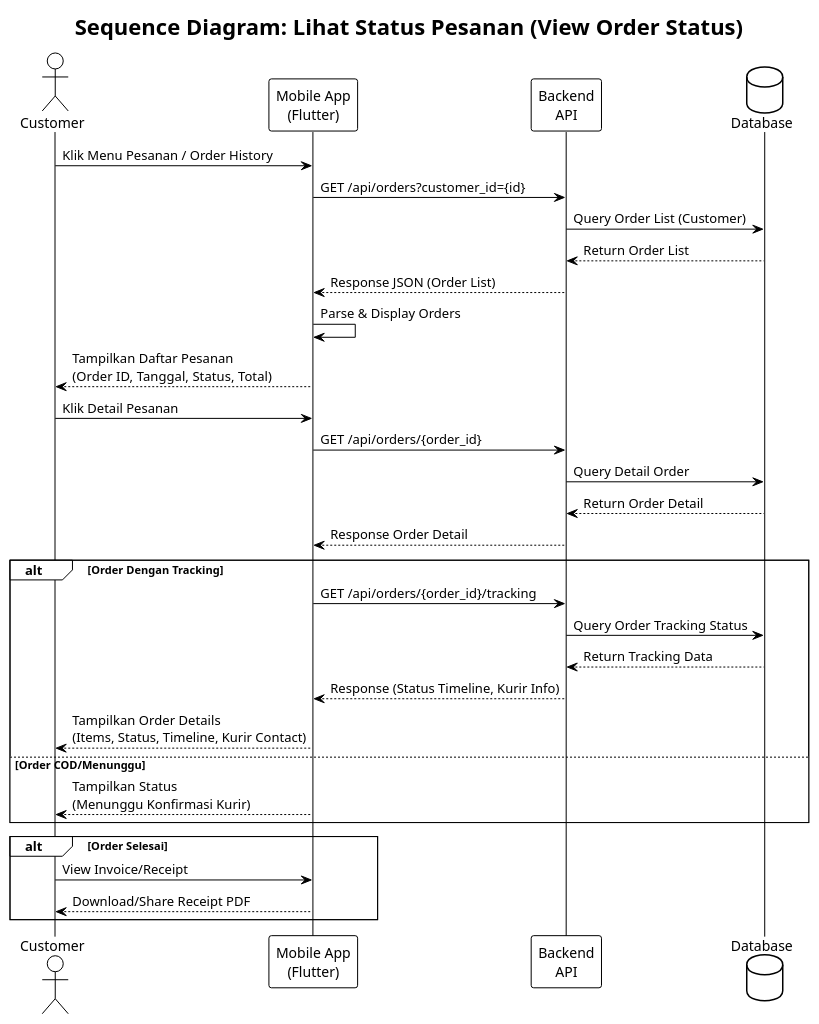
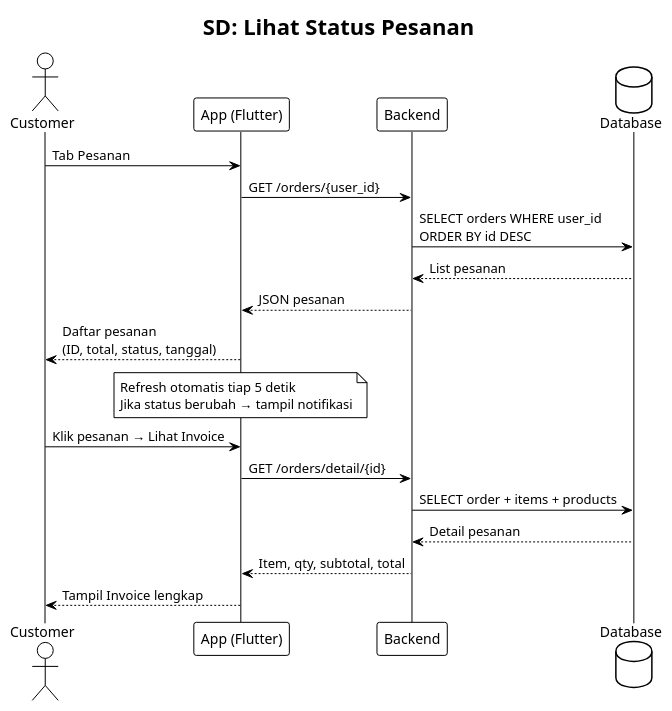
One commit to IlhamMaulana13/Project3-SitemApkOrderGalon changed the diagram in diagrams/04_lihat_status_pesanan_sequence.puml. Above: the diagram before and after it, drawn with PlantUML. The commit also changed 47 other files, not shown here.

First line of the commit message:
feat(diagrams): add activity and class diagrams for kasir and backend structures

```diff
--- a/diagrams/04_lihat_status_pesanan_sequence.puml
+++ b/diagrams/04_lihat_status_pesanan_sequence.puml
@@ -1,38 +1,25 @@
 @startuml Lihat_Status_Pesanan
 !theme plain
-title Sequence Diagram: Lihat Status Pesanan (View Order Status)
+title SD: Lihat Status Pesanan
 actor Customer
-participant "Mobile App\n(Flutter)" as App
-participant "Backend\nAPI" as API
+participant "App (Flutter)" as App
+participant "Backend" as API
 database "Database" as DB
 
-Customer -> App: Klik Menu Pesanan / Order History
-App -> API: GET /api/orders?customer_id={id}
-API -> DB: Query Order List (Customer)
-DB --> API: Return Order List
-API --> App: Response JSON (Order List)
-App -> App: Parse & Display Orders
-App --> Customer: Tampilkan Daftar Pesanan\n(Order ID, Tanggal, Status, Total)
+Customer -> App: Tab Pesanan
+App -> API: GET /orders/{user_id}
+API -> DB: SELECT orders WHERE user_id\nORDER BY id DESC
+DB --> API: List pesanan
+API --> App: JSON pesanan
+App --> Customer: Daftar pesanan\n(ID, total, status, tanggal)
 
-Customer -> App: Klik Detail Pesanan
-App -> API: GET /api/orders/{order_id}
-API -> DB: Query Detail Order
-DB --> API: Return Order Detail
-API --> App: Response Order Detail
+note over App: Refresh otomatis tiap 5 detik\nJika status berubah → tampil notifikasi
 
-alt Order Dengan Tracking
-    App -> API: GET /api/orders/{order_id}/tracking
-    API -> DB: Query Order Tracking Status
-    DB --> API: Return Tracking Data
-    API --> App: Response (Status Timeline, Kurir Info)
-    App --> Customer: Tampilkan Order Details\n(Items, Status, Timeline, Kurir Contact)
-else Order COD/Menunggu
-    App --> Customer: Tampilkan Status\n(Menunggu Konfirmasi Kurir)
-end
-
-alt Order Selesai
-    Customer -> App: View Invoice/Receipt
-    App --> Customer: Download/Share Receipt PDF
-end
+Customer -> App: Klik pesanan → Lihat Invoice
+App -> API: GET /orders/detail/{id}
+API -> DB: SELECT order + items + products
+DB --> API: Detail pesanan
+API --> App: Item, qty, subtotal, total
+App --> Customer: Tampil Invoice lengkap
 
 @enduml
```
